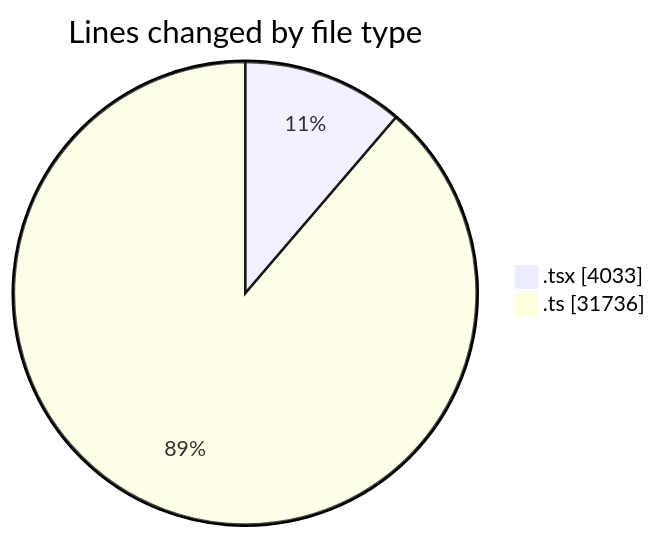
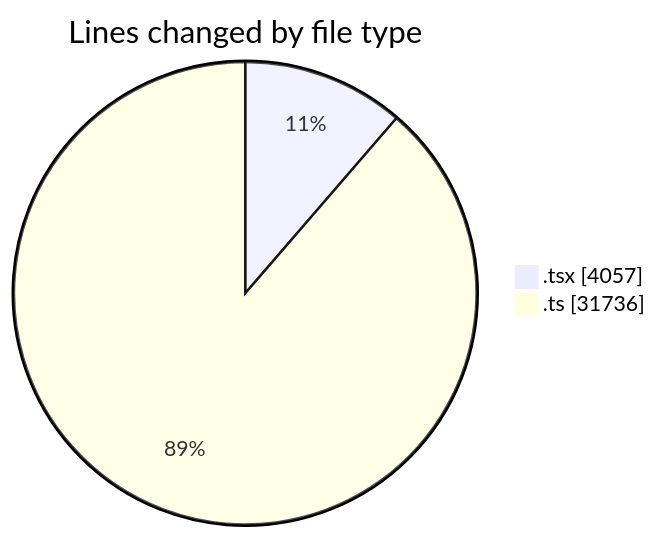
One commit to momahboobian/code-tracking changed the first of 2 diagrams in 2025-07-07/cda/README.md. Above: the diagram before and after it, drawn with Mermaid. The commit also changed other lines of this file and 1 other file, not shown here.

````diff
--- a/2025-07-07/cda/README.md
+++ b/2025-07-07/cda/README.md
@@ -28,6 +28,6 @@
 ```mermaid
 pie showData
 title Lines changed by file type
-".tsx" : 4033
+".tsx" : 4057
 ".ts" : 31736
 ```
````
